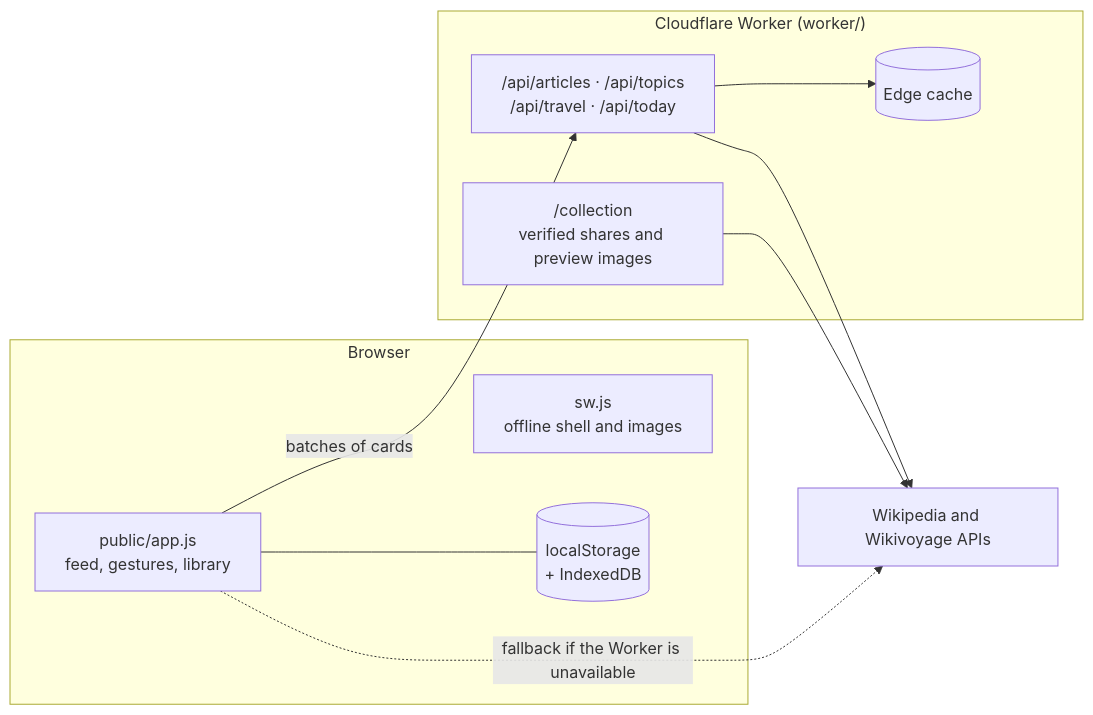
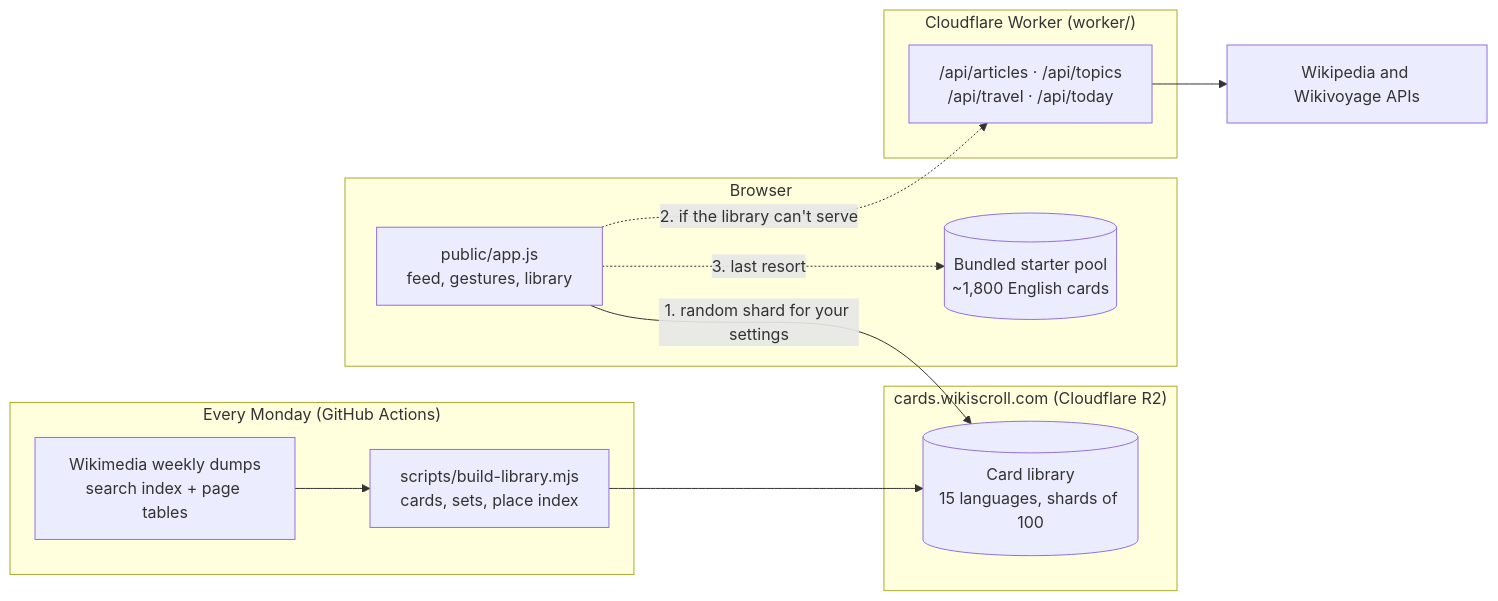
The diagram in README.md (Golps/WikiScroll), drawn with Mermaid before and after one commit. The commit also changed other lines of this file and 18 other files, not shown here.

First line of the commit message:
Update README for the prebuilt card library

````diff
--- a/README.md
+++ b/README.md
@@ -199,20 +206,23 @@
 ```mermaid
 flowchart LR
+  subgraph Weekly["Every Monday (GitHub Actions)"]
+    DUMPS["Wikimedia weekly dumps<br>search index + page tables"]
+    BUILD["scripts/build-library.mjs<br>cards, sets, place index"]
+  end
+  subgraph R2["cards.wikiscroll.com (Cloudflare R2)"]
+    LIB[("Card library<br>15 languages, shards of 100")]
+  end
   subgraph Browser
     UI["public/app.js<br>feed, gestures, library"]
-    SW["sw.js<br>offline shell and images"]
-    LS[("localStorage<br>+ IndexedDB")]
+    POOL[("Bundled starter pool<br>~1,800 English cards")]
   end
   subgraph Worker["Cloudflare Worker (worker/)"]
     API["/api/articles · /api/topics<br>/api/travel · /api/today"]
-    COL["/collection<br>verified shares and preview images"]
-    CACHE[("Edge cache")]
   end
   WM["Wikipedia and Wikivoyage APIs"]
-  UI -- "batches of cards" --> API
-  UI --- LS
-  API --> CACHE
+  DUMPS --> BUILD --> LIB
+  UI -- "1. random shard for your settings" --> LIB
+  UI -. "2. if the library can't serve" .-> API
   API --> WM
-  COL --> WM
-  UI -. "fallback if the Worker is unavailable" .-> WM
+  UI -. "3. last resort" .-> POOL
 ```
````
